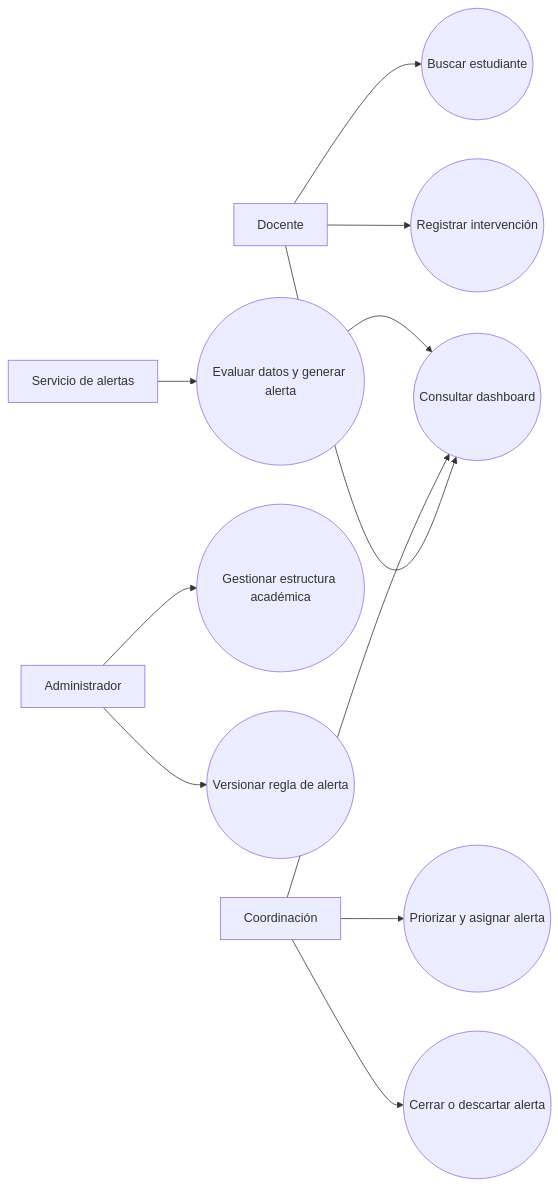
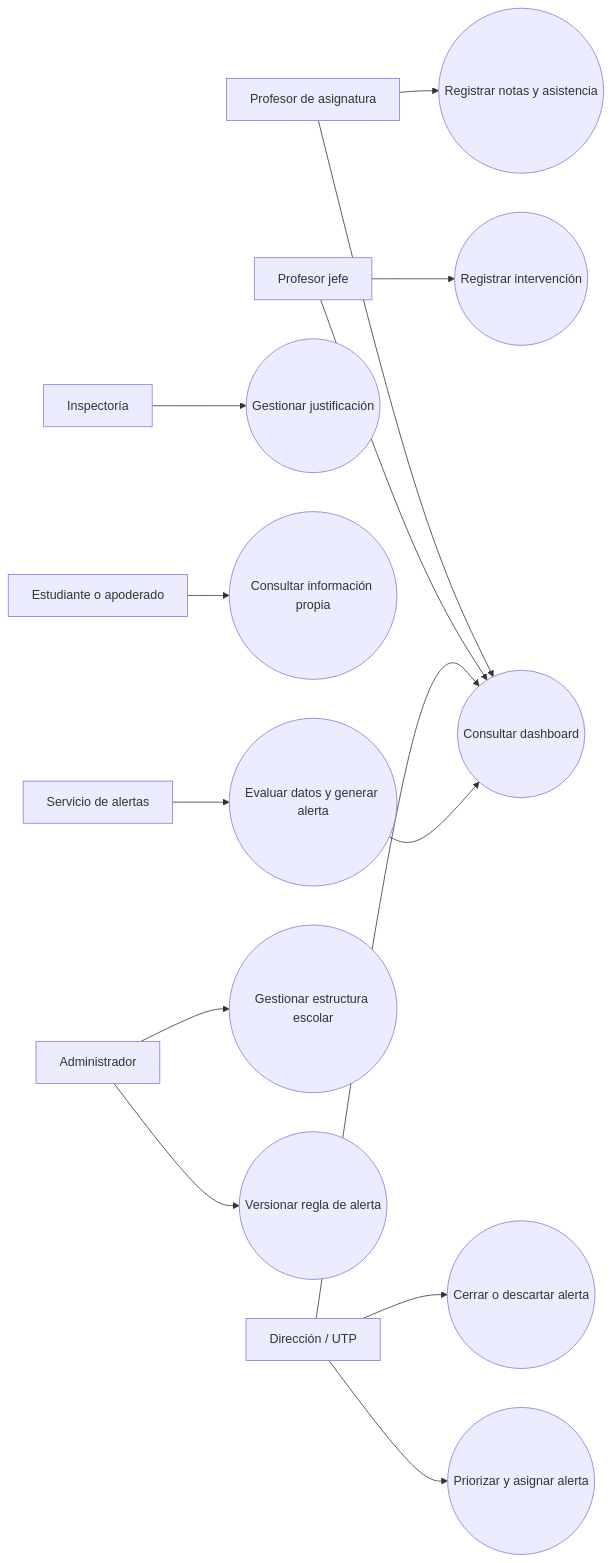
Before and after one commit to joellopez775/Captsone: the first of 3 diagrams in SIGAA/docs/design/03-uml-casos-de-uso.md, drawn with Mermaid. The commit also changed other lines of this file and 17 other files, not shown here.

````diff
--- a/SIGAA/docs/design/03-uml-casos-de-uso.md
+++ b/SIGAA/docs/design/03-uml-casos-de-uso.md
@@ -14,13 +17,16 @@
 ```mermaid
 flowchart LR
-    DOC[Docente] --> UC1((Consultar dashboard))
-    DOC --> UC2((Buscar estudiante))
-    DOC --> UC3((Registrar intervención))
-    UTP[Coordinación] --> UC1
+    PA[Profesor de asignatura] --> UC1((Consultar dashboard))
+    PA --> UC2((Registrar notas y asistencia))
+    PJ[Profesor jefe] --> UC1
+    PJ --> UC3((Registrar intervención))
+    INS[Inspectoría] --> UC9((Gestionar justificación))
+    EST[Estudiante o apoderado] --> UC10((Consultar información propia))
+    UTP[Dirección / UTP] --> UC1
     UTP --> UC4((Priorizar y asignar alerta))
     UTP --> UC5((Cerrar o descartar alerta))
-    ADM[Administrador] --> UC6((Gestionar estructura académica))
+    ADM[Administrador] --> UC6((Gestionar estructura escolar))
     ADM --> UC7((Versionar regla de alerta))
     MOTOR[Servicio de alertas] --> UC8((Evaluar datos y generar alerta))
     UC8 --> UC1
 ```
````
